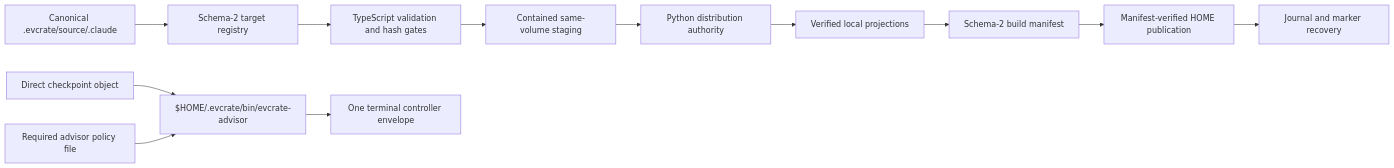
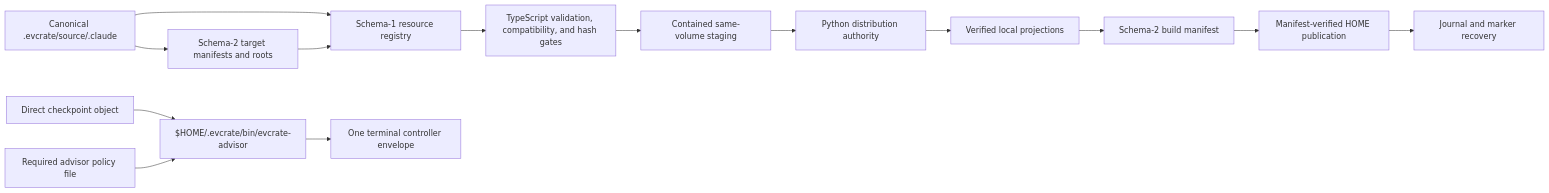
The diagram in docs/system-architecture.md (EigenCrate/evcrate), drawn with Mermaid before and after one commit. The commit also changed other lines of this file and 58 other files, not shown here.

Commit message:
feat: add resource registry and explicit imports

````diff
--- a/docs/system-architecture.md
+++ b/docs/system-architecture.md
@@ -24,15 +25,17 @@
 ```mermaid
 flowchart LR
-  Source[Canonical .evcrate/source/.claude] --> Registry[Schema-2 target registry]
-  Registry --> TS[TypeScript validation and hash gates]
+  Source[Canonical .evcrate/source/.claude] --> TargetRegistry[Schema-2 target manifests and roots]
+  Source --> ResourceRegistry[Schema-1 resource registry]
+  TargetRegistry --> ResourceRegistry
+  ResourceRegistry --> TS[TypeScript validation, compatibility, and hash gates]
   TS --> Stage[Contained same-volume staging]
   Stage --> Python[Python distribution authority]
   Python --> Local[Verified local projections]
   Local --> Manifest[Schema-2 build manifest]
   Manifest --> Publish[Manifest-verified HOME publication]
   Publish --> Recovery[Journal and marker recovery]
 
   Checkpoint[Direct checkpoint object] --> Controller[$HOME/.evcrate/bin/evcrate-advisor]
   Policy[Required advisor policy file] --> Controller
   Controller --> Result[One terminal controller envelope]
 ```
````
